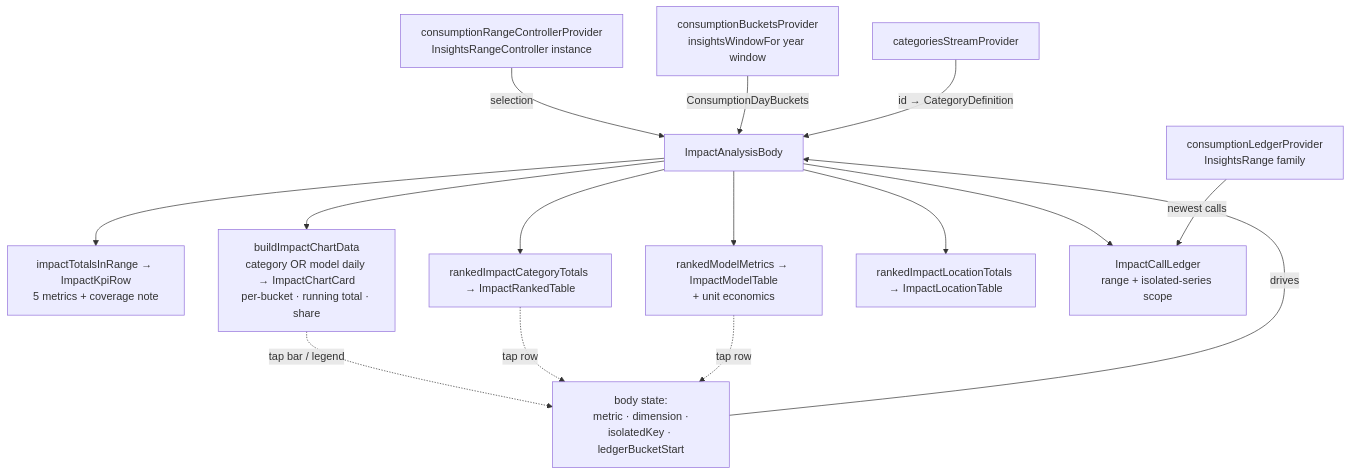
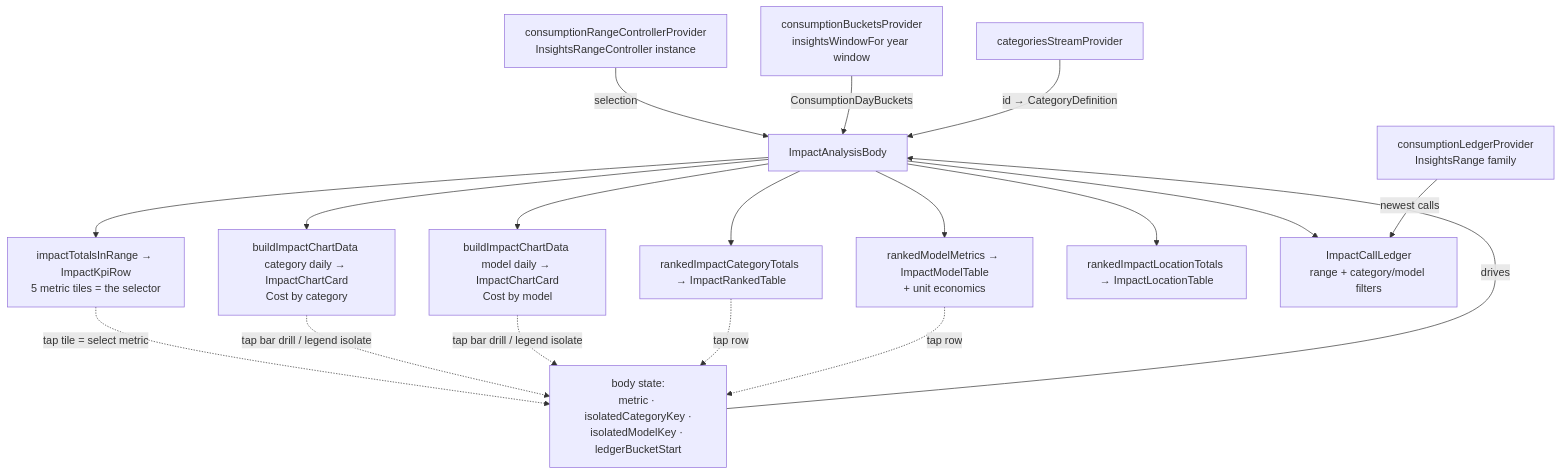
Before and after one commit to matthiasn/lotti: the third of 3 diagrams in lib/features/ai_consumption/README.md, drawn with Mermaid. The commit also changed other lines of this file and 30 other files, not shown here.

````diff
--- a/lib/features/ai_consumption/README.md
+++ b/lib/features/ai_consumption/README.md
@@ -159,17 +159,20 @@
 ```mermaid
 flowchart TD
   RC[consumptionRangeControllerProvider<br/>InsightsRangeController instance] -->|selection| Body[ImpactAnalysisBody]
   BP[consumptionBucketsProvider<br/>insightsWindowFor year window] -->|ConsumptionDayBuckets| Body
   Cat[categoriesStreamProvider] -->|id → CategoryDefinition| Body
-  State[body state:<br/>metric · dimension ·<br/>isolatedKey · ledgerBucketStart] -->|drives| Body
-  Body --> D1[impactTotalsInRange → ImpactKpiRow<br/>5 metrics + coverage note]
-  Body --> D4[buildImpactChartData<br/>category OR model daily → ImpactChartCard<br/>per-bucket · running total · share]
+  State[body state:<br/>metric · isolatedCategoryKey ·<br/>isolatedModelKey · ledgerBucketStart] -->|drives| Body
+  Body --> D1[impactTotalsInRange → ImpactKpiRow<br/>5 metric tiles = the selector]
+  Body --> D4a[buildImpactChartData category daily → ImpactChartCard<br/>Cost by category]
+  Body --> D4b[buildImpactChartData model daily → ImpactChartCard<br/>Cost by model]
   Body --> D2[rankedImpactCategoryTotals → ImpactRankedTable]
   Body --> D3[rankedModelMetrics → ImpactModelTable<br/>+ unit economics]
   Body --> D5[rankedImpactLocationTotals → ImpactLocationTable]
-  Body --> D6[ImpactCallLedger<br/>range + isolated-series scope]
+  Body --> D6[ImpactCallLedger<br/>range + category/model filters]
   LP[consumptionLedgerProvider<br/>InsightsRange family] -->|newest calls| D6
-  D4 -.->|tap bar / legend| State
+  D1 -.->|tap tile = select metric| State
+  D4a -.->|tap bar drill / legend isolate| State
+  D4b -.->|tap bar drill / legend isolate| State
   D2 -.->|tap row| State
   D3 -.->|tap row| State
 ```
````
